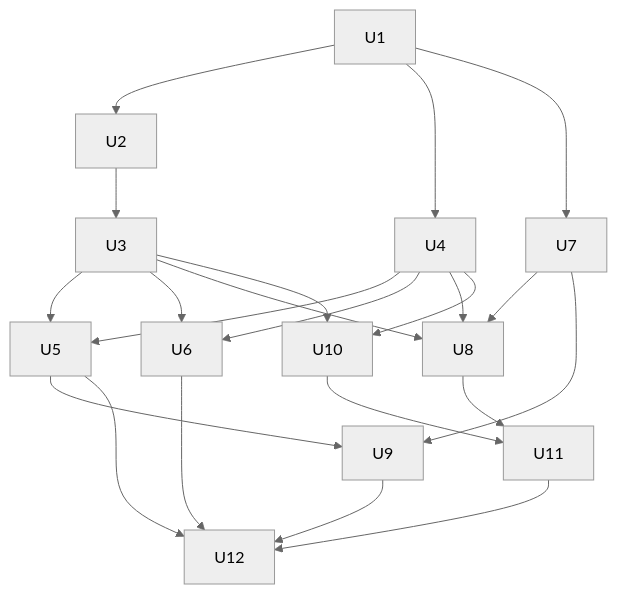
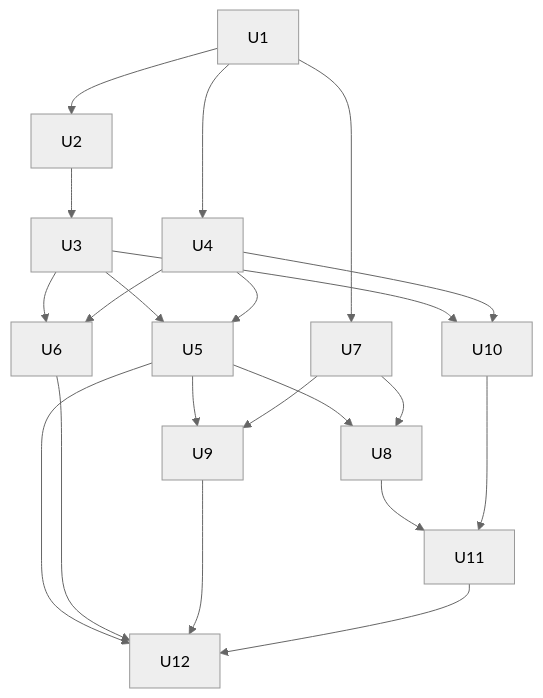
One commit to ysheng1120/Vintry changed the fourth of 4 diagrams in docs/plans/2026-09-26-2137-feat-vintry-wine-cellar-app-plan.md. Above: the diagram before and after it, drawn with Mermaid (neutral theme). The commit also changed other lines of this file, not shown here.

````diff
--- a/docs/plans/2026-09-26-2137-feat-vintry-wine-cellar-app-plan.md
+++ b/docs/plans/2026-09-26-2137-feat-vintry-wine-cellar-app-plan.md
@@ -237,23 +237,22 @@
 ```mermaid
 flowchart TB
   U1 --> U2 --> U3
   U1 --> U4
   U1 --> U7
   U3 --> U5
   U4 --> U5
   U3 --> U6
   U4 --> U6
-  U3 --> U8
-  U4 --> U8
+  U5 --> U8
   U7 --> U8
   U3 --> U10
   U4 --> U10
   U5 --> U9
   U7 --> U9
   U8 --> U11
   U10 --> U11
   U5 --> U12
   U6 --> U12
   U9 --> U12
   U11 --> U12
 ```
````
